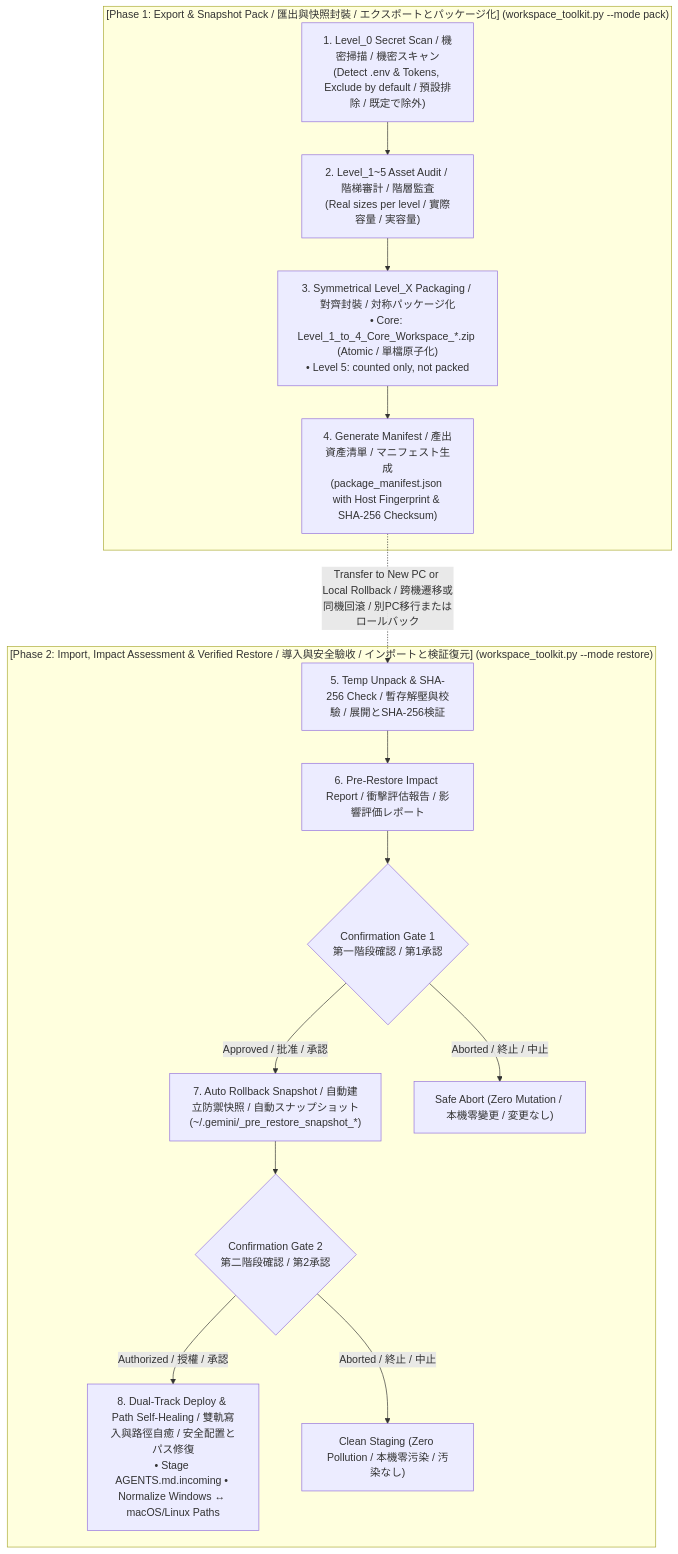
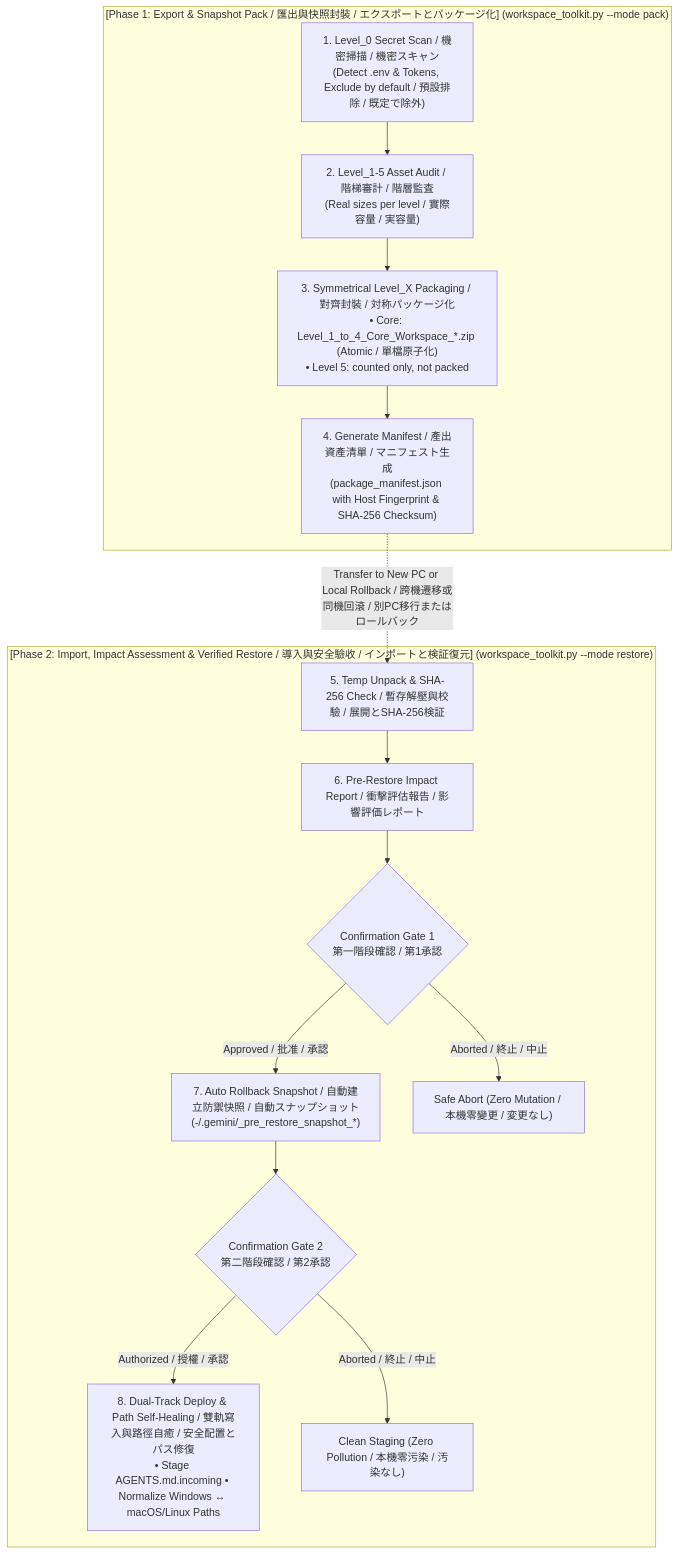
The diagram in README.md (ycaistudio/universal-agent-workspace-toolkit), drawn with Mermaid before and after one commit. The commit also changed other lines of this file, not shown here.

````diff
--- a/README.md
+++ b/README.md
@@ -124,20 +124,20 @@
 ```mermaid
 flowchart TD
     subgraph T0 ["[Phase 1: Export & Snapshot Pack / 匯出與快照封裝 / エクスポートとパッケージ化] (workspace_toolkit.py --mode pack)"]
-        Scan["1. Level_0 Secret Scan / 機密掃描 / 機密スキャン<br>(Detect .env & Tokens, Exclude by default / 預設排除 / 既定で除外)"] --> Audit["2. Level_1~5 Asset Audit / 階梯審計 / 階層監査<br>(Real sizes per level / 實際容量 / 実容量)"]
+        Scan["1. Level_0 Secret Scan / 機密掃描 / 機密スキャン<br>(Detect .env & Tokens, Exclude by default / 預設排除 / 既定で除外)"] --> Audit["2. Level_1-5 Asset Audit / 階梯審計 / 階層監査<br>(Real sizes per level / 實際容量 / 実容量)"]
         Audit --> Pack["3. Symmetrical Level_X Packaging / 對齊封裝 / 対称パッケージ化<br>• Core: Level_1_to_4_Core_Workspace_*.zip (Atomic / 單檔原子化)<br>• Level 5: counted only, not packed"]
         Pack --> Manifest["4. Generate Manifest / 產出資產清單 / マニフェスト生成<br>(package_manifest.json with Host Fingerprint & SHA-256 Checksum)"]
     end
 
     subgraph T1 ["[Phase 2: Import, Impact Assessment & Verified Restore / 導入與安全驗收 / インポートと検証復元] (workspace_toolkit.py --mode restore)"]
         Unpack["5. Temp Unpack & SHA-256 Check / 暫存解壓與校驗 / 展開とSHA-256検証"] --> Impact["6. Pre-Restore Impact Report / 衝擊評估報告 / 影響評価レポート"]
         Impact --> Gate1{"Confirmation Gate 1<br>第一階段確認 / 第1承認"}
-        Gate1 -- Approved / 批准 / 承認 --> Snap["7. Auto Rollback Snapshot / 自動建立防禦快照 / 自動スナップショット<br>(~/.gemini/_pre_restore_snapshot_*)"]
+        Gate1 -- Approved / 批准 / 承認 --> Snap["7. Auto Rollback Snapshot / 自動建立防禦快照 / 自動スナップショット<br>(-/.gemini/_pre_restore_snapshot_*)"]
         Gate1 -- Aborted / 終止 / 中止 --> Abort1["Safe Abort (Zero Mutation / 本機零變更 / 変更なし)"]
         Snap --> Gate2{"Confirmation Gate 2<br>第二階段確認 / 第2承認"}
         Gate2 -- Authorized / 授權 / 承認 --> Restore["8. Dual-Track Deploy & Path Self-Healing / 雙軌寫入與路徑自癒 / 安全配置とパス修復<br>• Stage AGENTS.md.incoming • Normalize Windows ↔ macOS/Linux Paths"]
         Gate2 -- Aborted / 終止 / 中止 --> Abort2["Clean Staging (Zero Pollution / 本機零污染 / 汚染なし)"]
     end
 
     Manifest -.->|Transfer to New PC or Local Rollback / 跨機遷移或同機回滾 / 別PC移行またはロールバック| Unpack
 ```
````
